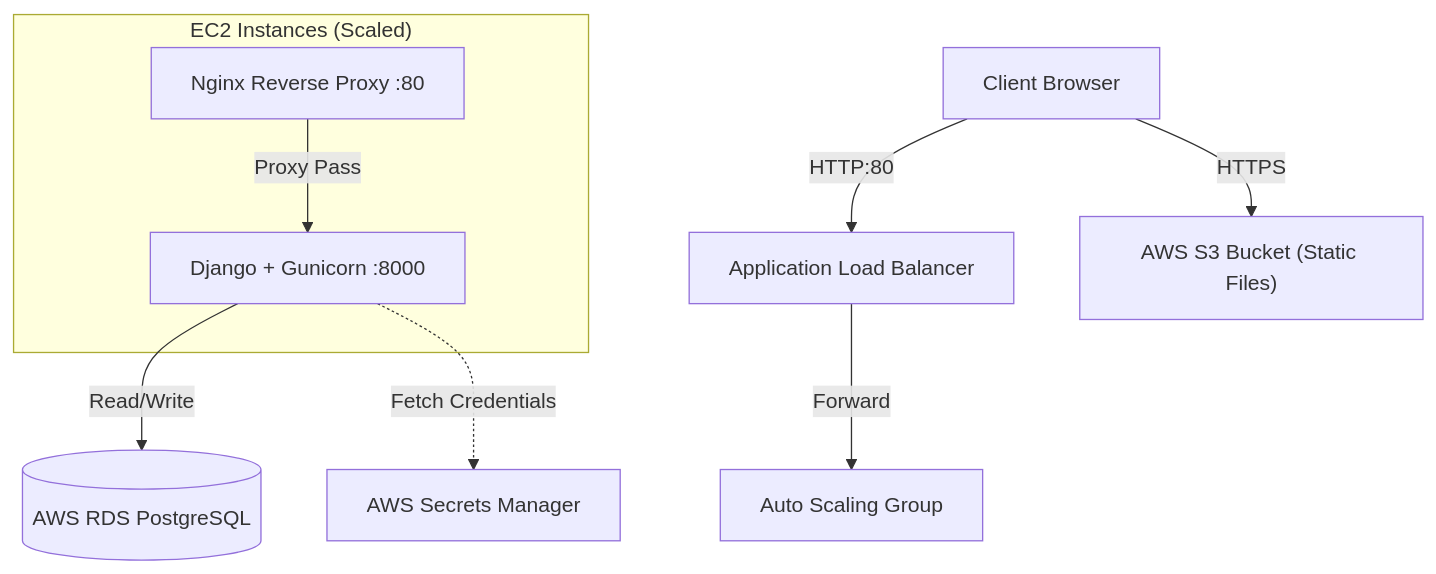
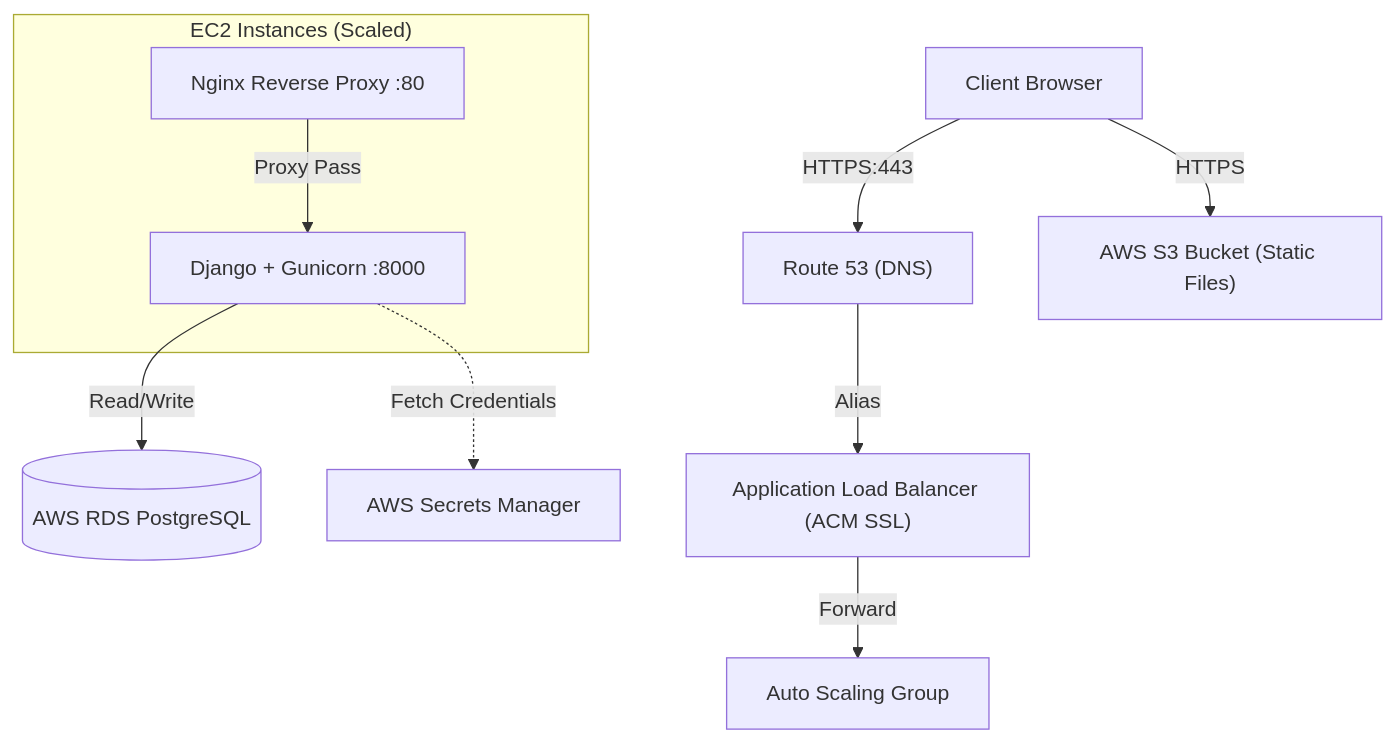
The diagram in README.md (hirenxd/backend-django), drawn with Mermaid before and after one commit. The commit also changed other lines of this file, not shown here.

````diff
--- a/README.md
+++ b/README.md
@@ -31,11 +31,12 @@
 ```mermaid
 graph TD
-    Client["Client Browser"] -->|HTTP:80| ALB["Application Load Balancer"]
+    Client["Client Browser"] -->|HTTPS:443| R53["Route 53 (DNS)"]
+    R53 -->|Alias| ALB["Application Load Balancer (ACM SSL)"]
     Client -->|HTTPS| S3["AWS S3 Bucket (Static Files)"]
     ALB -->|Forward| ASG["Auto Scaling Group"]
     subgraph "EC2 Instances (Scaled)"
         Nginx["Nginx Reverse Proxy :80"] -->|Proxy Pass| Gunicorn["Django + Gunicorn :8000"]
     end
     Gunicorn -->|Read/Write| RDS[("AWS RDS PostgreSQL")]
     Gunicorn -.->|Fetch Credentials| ASM["AWS Secrets Manager"]
 ```
````
